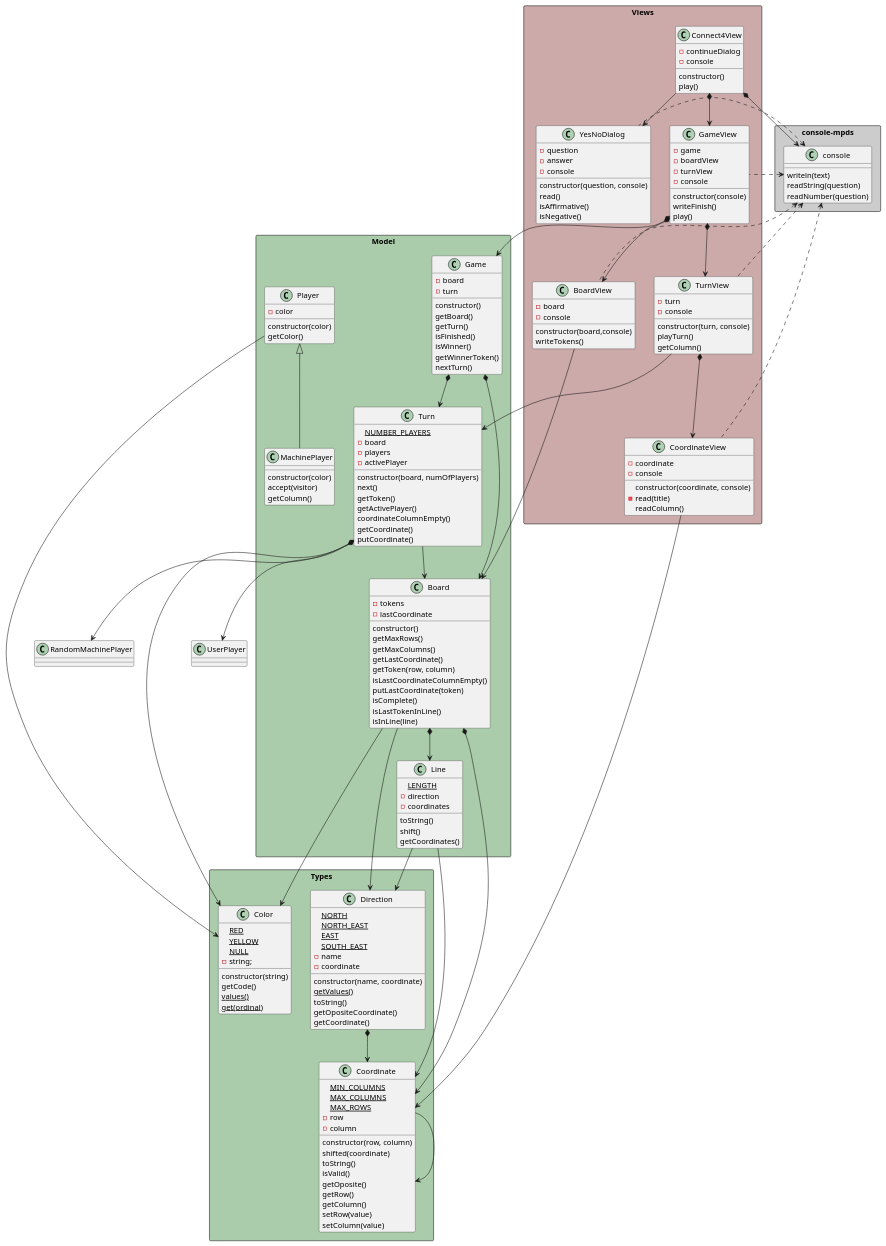
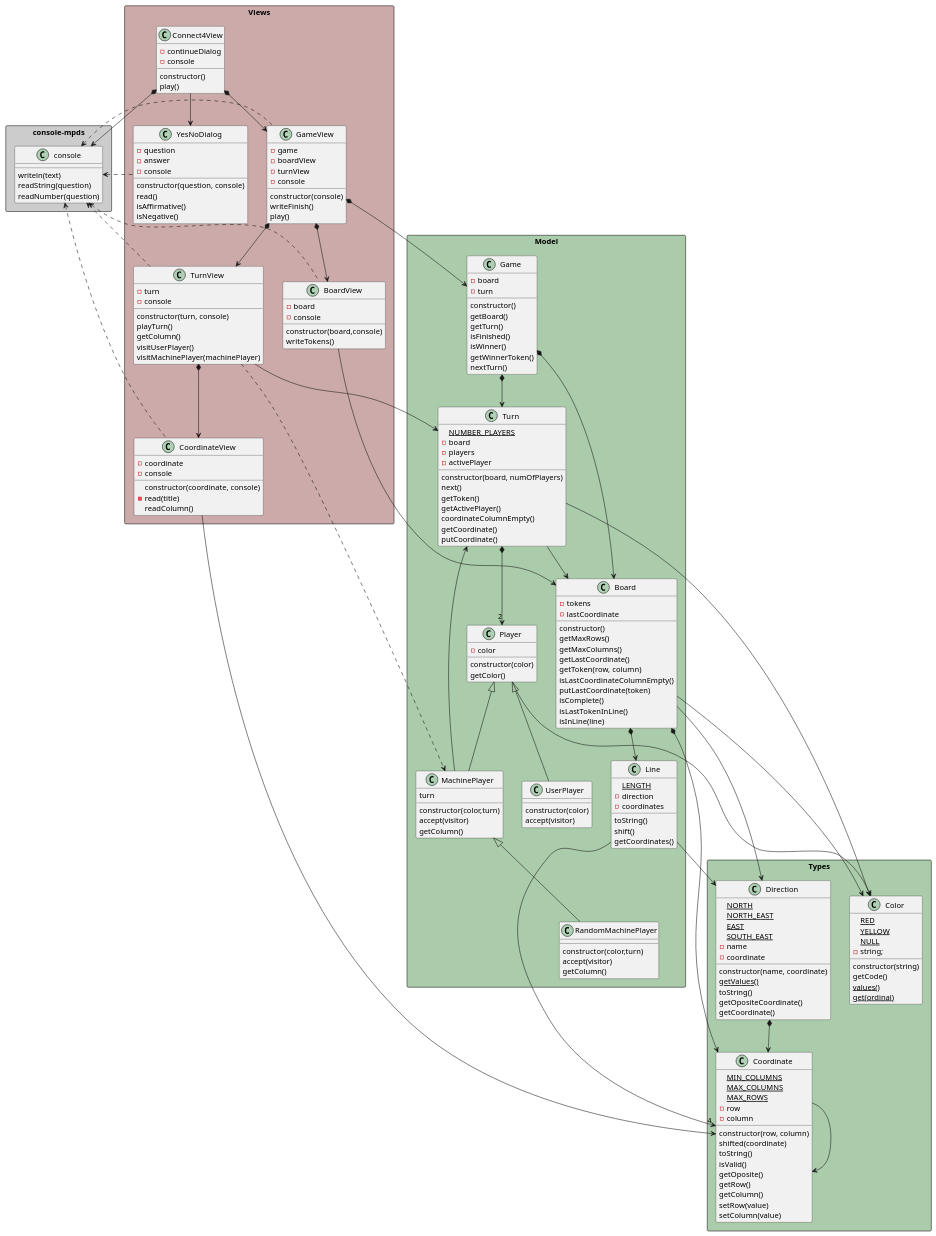
One commit to mpaulaherrero/escuelaIT changed the diagram in game-connect4/docs/diagrams/objectOriented/classNotation/class diagram.plantuml. Above: the diagram before and after it, drawn with PlantUML. The commit also changed 5 other files, not shown here.

Commit message:
machinePlayer relacionado con turno

```diff
--- a/game-connect4/docs/diagrams/objectOriented/classNotation/class diagram.plantuml
+++ b/game-connect4/docs/diagrams/objectOriented/classNotation/class diagram.plantuml
@@ -96,11 +96,23 @@
         getColor()
     }
 
+    class UserPlayer extends Player{
+        constructor(color)
+        accept(visitor) 
+    }
+
     class MachinePlayer extends Player{
-        constructor(color)
+        turn
+        constructor(color,turn)
         accept(visitor)    
         getColumn()
     }    
+
+    class RandomMachinePlayer extends MachinePlayer{
+        constructor(color,turn)
+        accept(visitor)    
+        getColumn()
+    }  
 
     class Turn{
         {static} NUMBER_PLAYERS
@@ -156,6 +168,8 @@
         constructor(turn, console) 
         playTurn()
         getColumn()
+        visitUserPlayer()
+        visitMachinePlayer(machinePlayer)
     }
 
     class YesNoDialog {
@@ -175,7 +189,7 @@
 
 Direction *-down-> Coordinate
 
-Line -down-> Coordinate
+Line -down-> "4" Coordinate
 Line -down-> Direction
 
 Board *-down-> Coordinate
@@ -185,10 +199,11 @@
 
 Player -down-> Color
 
+MachinePlayer --> Turn
+
+Turn *-down-> "2" Player
 Turn -down-> Board
 Turn -down-> Color
-Turn *-down-> UserPlayer
-Turn *-down-> RandomMachinePlayer
 
 Game *-down-> Board
 Game *-down-> Turn
@@ -199,6 +214,7 @@
 
 TurnView -down-> Turn
 TurnView *-down-> CoordinateView
+TurnView .-> MachinePlayer
 
 GameView *-down-> Game
 GameView *-down-> BoardView
```
